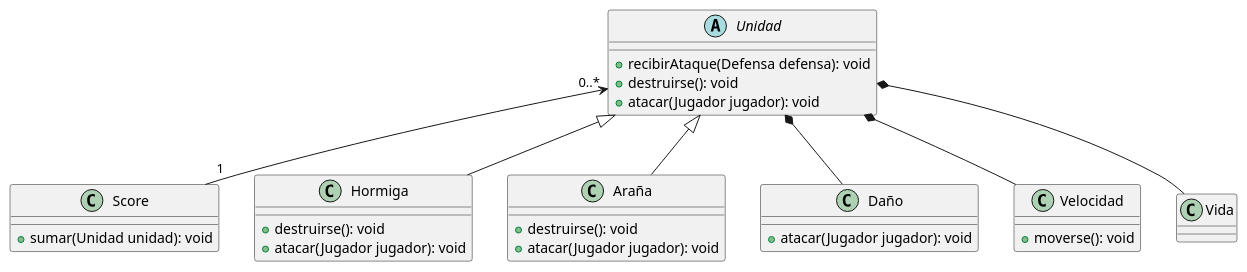
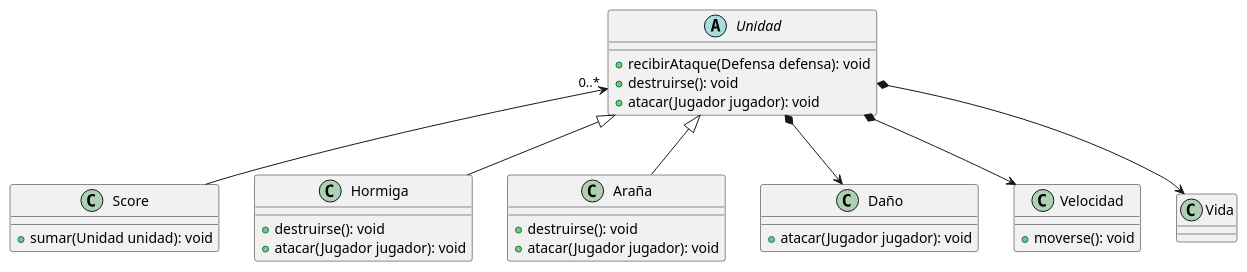
One commit to franzimbi/algo3_tp2 changed the diagram in diagrams/classes/Unidad_class_diagram.puml. Above: the diagram before and after it, drawn with PlantUML. The commit also changed 4 other files, not shown here.

Commit message:
actualizacion UML

```diff
--- a/diagrams/classes/Unidad_class_diagram.puml
+++ b/diagrams/classes/Unidad_class_diagram.puml
@@ -1,39 +1,39 @@
 @startuml
 'https://plantuml.com/class-diagram
 
 class Score {
     +sumar(Unidad unidad): void
 }
 
 abstract class Unidad {
     +recibirAtaque(Defensa defensa): void
     +destruirse(): void
     +atacar(Jugador jugador): void
 }
 
 class Hormiga {
     +destruirse(): void
     +atacar(Jugador jugador): void
 }
 
 class Araña {
     +destruirse(): void
     +atacar(Jugador jugador): void
 }
 
 class Daño {
     +atacar(Jugador jugador): void
 }
 
 class Velocidad {
     +moverse(): void
 }
 
 Unidad <|-- Hormiga
 Unidad <|-- Araña
-Unidad *-- Daño
-Unidad *-- Velocidad
-Unidad "0..*" <-- "1" Score
-Unidad *-- Vida
+Unidad *--> Daño
+Unidad *--> Velocidad
+Unidad "0..*" <--  Score
+Unidad *--> Vida
 
 @enduml
```
